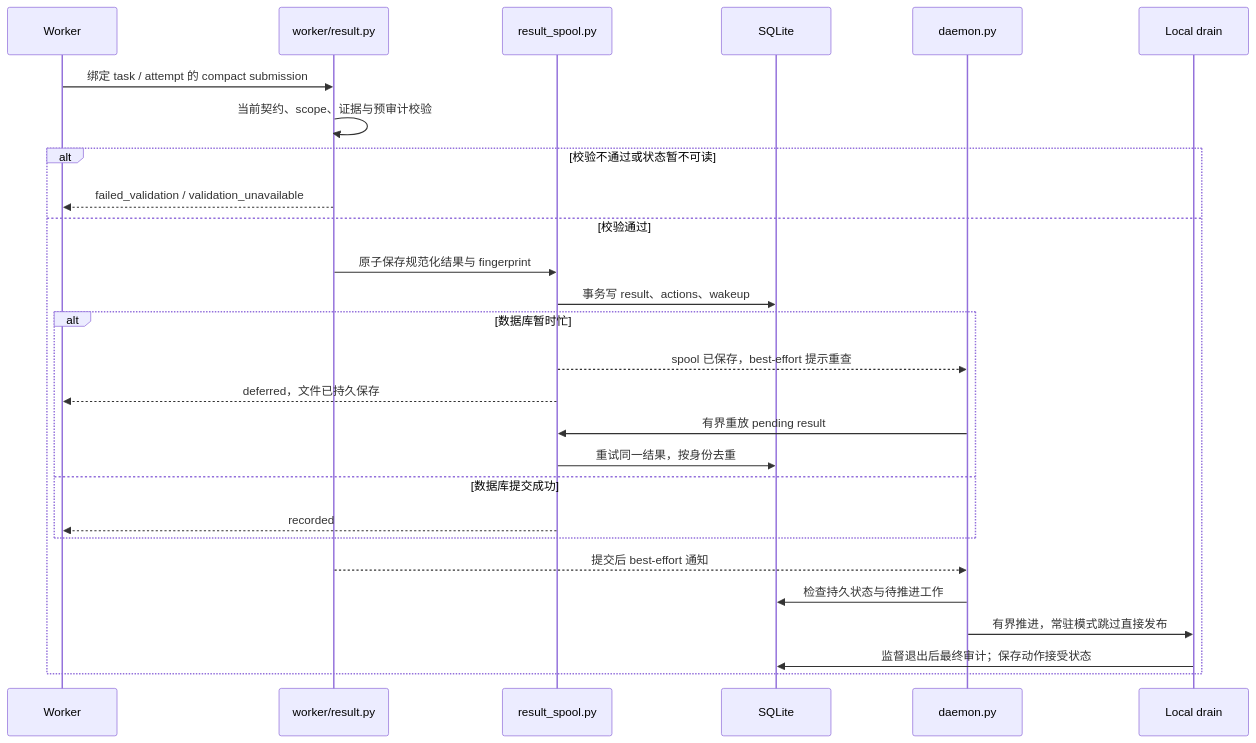
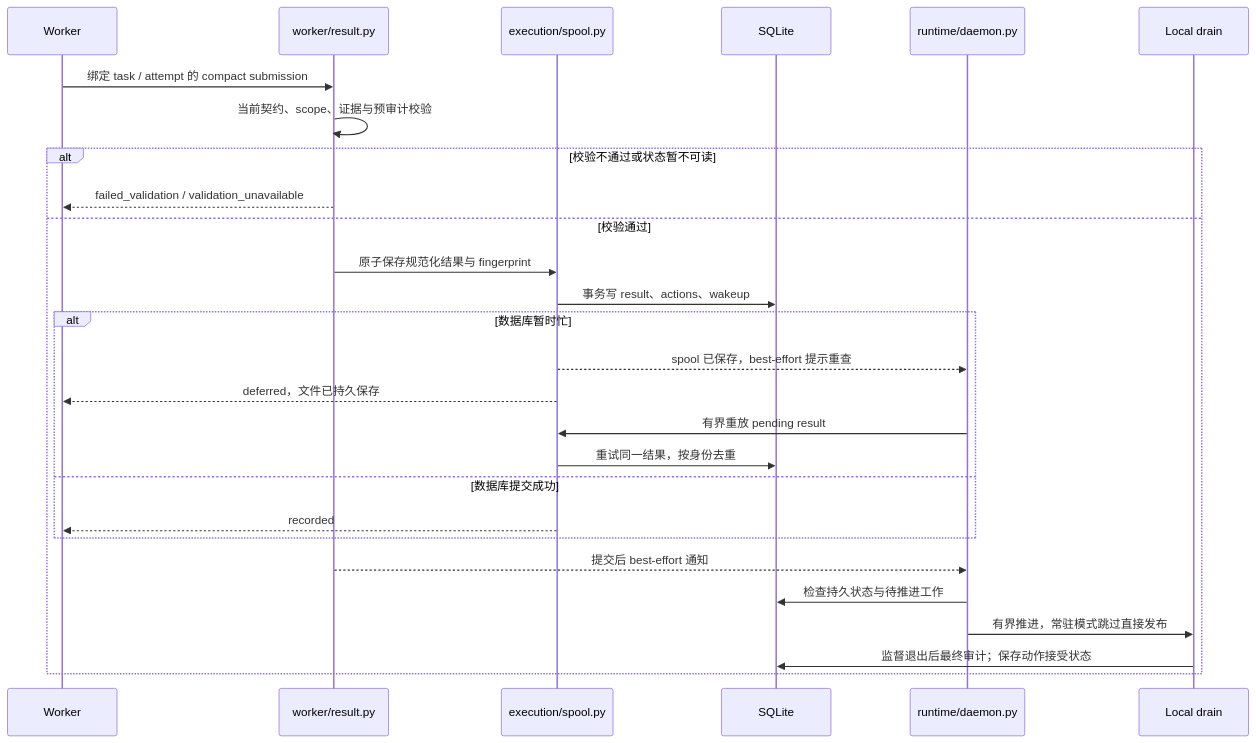
One commit to wklken/Robert changed the fifth of 10 diagrams in docs/architecture.md. Above: the diagram before and after it, drawn with Mermaid. The commit also changed other lines of this file and 439 other files, not shown here.

````diff
--- a/docs/architecture.md
+++ b/docs/architecture.md
@@ -257,29 +262,29 @@
 ```mermaid
 sequenceDiagram
     participant Worker as Worker
     participant Submit as worker/result.py
-    participant Spool as result_spool.py
+    participant Spool as execution/spool.py
     participant DB as SQLite
-    participant Daemon as daemon.py
+    participant Daemon as runtime/daemon.py
     participant Local as Local drain
     Worker->>Submit: 绑定 task / attempt 的 compact submission
     Submit->>Submit: 当前契约、scope、证据与预审计校验
     alt 校验不通过或状态暂不可读
         Submit-->>Worker: failed_validation / validation_unavailable
     else 校验通过
         Submit->>Spool: 原子保存规范化结果与 fingerprint
         Spool->>DB: 事务写 result、actions、wakeup
         alt 数据库暂时忙
             Spool-->>Daemon: spool 已保存，best-effort 提示重查
             Spool-->>Worker: deferred，文件已持久保存
             Daemon->>Spool: 有界重放 pending result
             Spool->>DB: 重试同一结果，按身份去重
         else 数据库提交成功
             Spool-->>Worker: recorded
         end
         Submit-->>Daemon: 提交后 best-effort 通知
         Daemon->>DB: 检查持久状态与待推进工作
         Daemon->>Local: 有界推进，常驻模式跳过直接发布
         Local->>DB: 监督退出后最终审计；保存动作接受状态
     end
 ```
````
